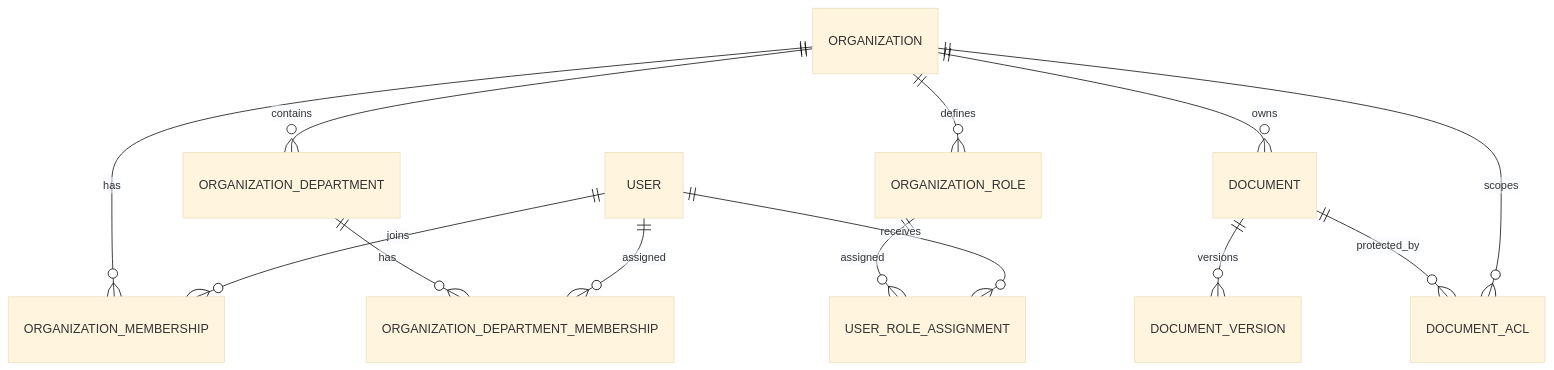
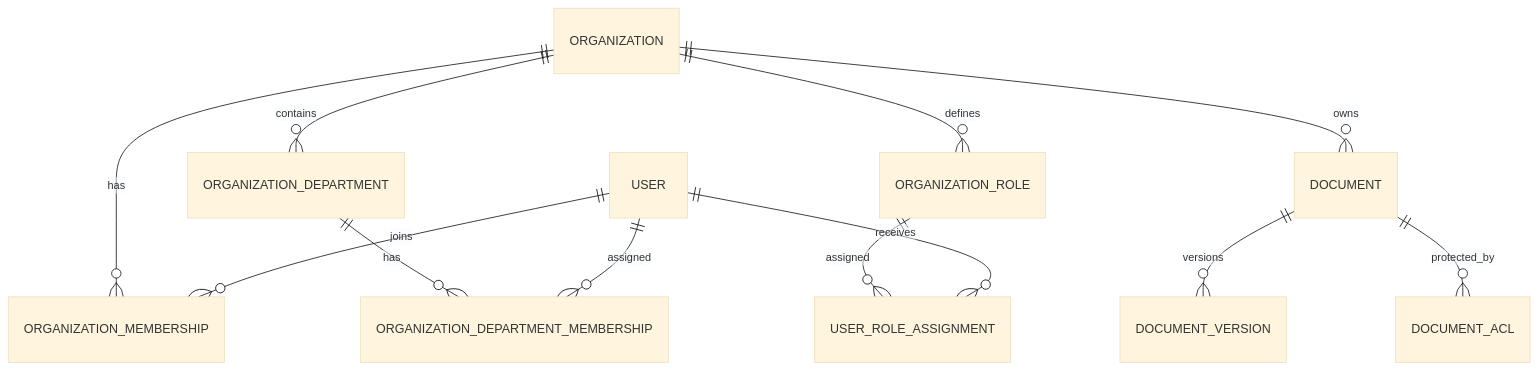
One commit to aasifmiya11/SaviraCortex-v0.1-Backend changed the diagram in docs/06-database-design.md. Above: the diagram before and after it, drawn with Mermaid (base theme). The commit also changed other lines of this file and 24 other files, not shown here.

````diff
--- a/docs/06-database-design.md
+++ b/docs/06-database-design.md
@@ -25,15 +27,14 @@
 ```mermaid
 erDiagram
  ORGANIZATION ||--o{ ORGANIZATION_MEMBERSHIP : has
  USER ||--o{ ORGANIZATION_MEMBERSHIP : joins
  ORGANIZATION ||--o{ ORGANIZATION_DEPARTMENT : contains
  ORGANIZATION_DEPARTMENT ||--o{ ORGANIZATION_DEPARTMENT_MEMBERSHIP : has
  USER ||--o{ ORGANIZATION_DEPARTMENT_MEMBERSHIP : assigned
  ORGANIZATION ||--o{ ORGANIZATION_ROLE : defines
  ORGANIZATION_ROLE ||--o{ USER_ROLE_ASSIGNMENT : assigned
  USER ||--o{ USER_ROLE_ASSIGNMENT : receives
  ORGANIZATION ||--o{ DOCUMENT : owns
  DOCUMENT ||--o{ DOCUMENT_VERSION : versions
  DOCUMENT ||--o{ DOCUMENT_ACL : protected_by
- ORGANIZATION ||--o{ DOCUMENT_ACL : scopes
 ```
````
